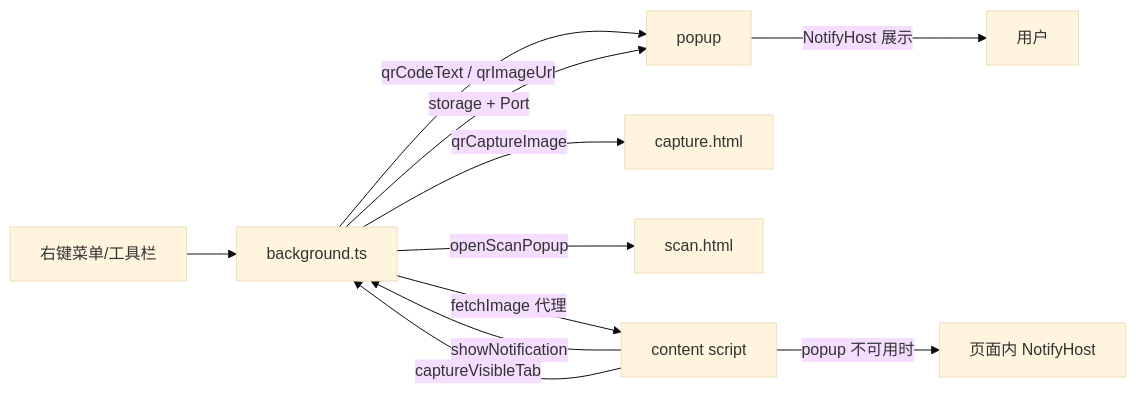
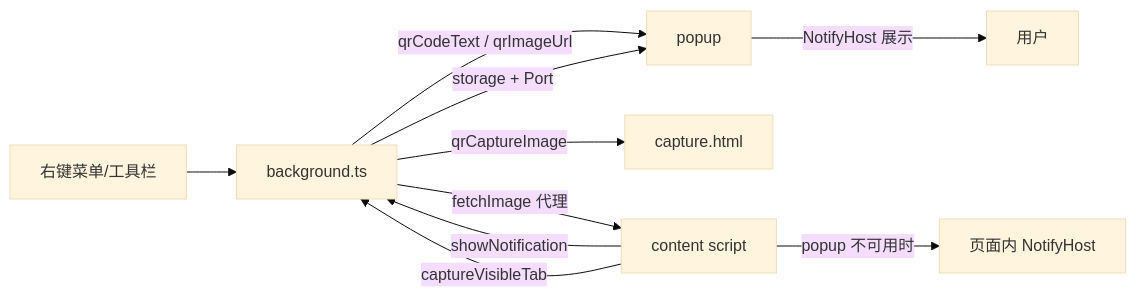
The diagram in AGENTS.md (sherlocknieh/qrcode), drawn with Mermaid (base theme) before and after one commit. The commit also changed other lines of this file and 20 other files, not shown here.

First line of the commit message:
图片识别就地处理并统一识别流程, 移除剪贴板权限

````diff
--- a/AGENTS.md
+++ b/AGENTS.md
@@ -70,13 +75,12 @@
 ```mermaid
 flowchart LR
   Menu[右键菜单/工具栏] --> BG[background.ts]
   BG -->|qrCodeText / qrImageUrl| Popup[popup]
   BG -->|qrCaptureImage| Capture[capture.html]
-  BG -->|openScanPopup| Scan[scan.html]
   Content[content script] -->|showNotification| BG
   BG -->|storage + Port| Popup
   Popup -->|NotifyHost 展示| User[用户]
   Content -->|popup 不可用时| NotifyHost[页面内 NotifyHost]
   BG -->|fetchImage 代理| Content
   Content -->|captureVisibleTab| BG
 ```
````
